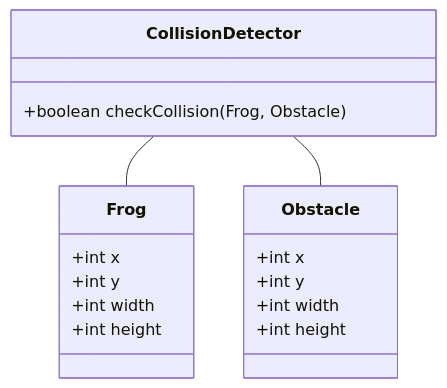
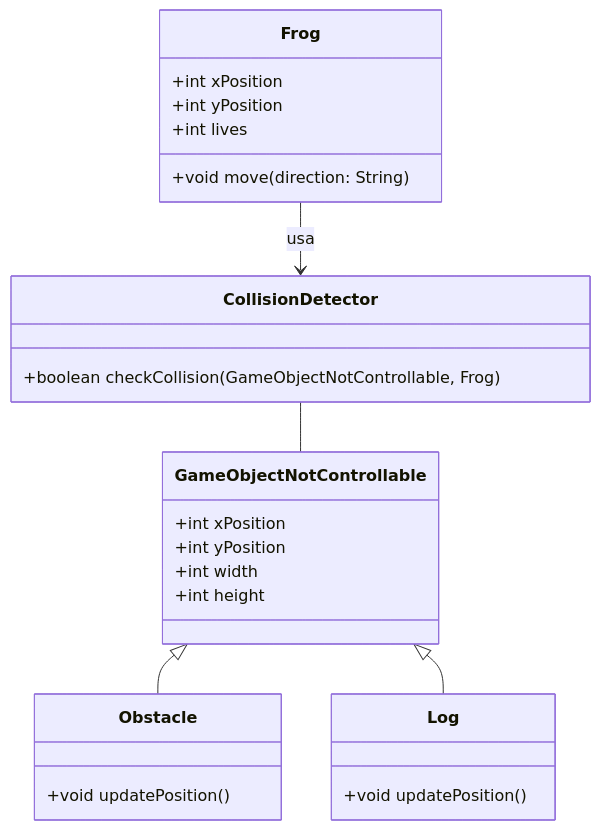
Before and after one commit to giuliavanni/frogger: the fourth of 4 diagrams in README.md, drawn with Mermaid. The commit also changed other lines of this file, not shown here.

Commit message:
UPDATE README to enhance game mechanics descriptions and improve class diagrams for Frog and CollisionDetector

````diff
--- a/README.md
+++ b/README.md
@@ -206,20 +181,28 @@
 ```mermaid
 classDiagram
+    class Frog {
+        +int xPosition
+        +int yPosition
+        +int lives
+        +void move(direction: String)
+    }
     class CollisionDetector {
-        +boolean checkCollision(Frog, Obstacle)
+        +boolean checkCollision(GameObjectNotControllable, Frog)
     }
-    class Frog {
-        +int x
-        +int y
+    class GameObjectNotControllable {
+        +int xPosition
+        +int yPosition
         +int width
         +int height
     }
     class Obstacle {
-        +int x
-        +int y
-        +int width
-        +int height
+        +void updatePosition()
     }
-    CollisionDetector -- Frog
-    CollisionDetector -- Obstacle
+    class Log {
+        +void updatePosition()
+    }
+    Frog --> CollisionDetector : usa
+    CollisionDetector -- GameObjectNotControllable
+    GameObjectNotControllable <|-- Obstacle
+    GameObjectNotControllable <|-- Log
 ```
````
